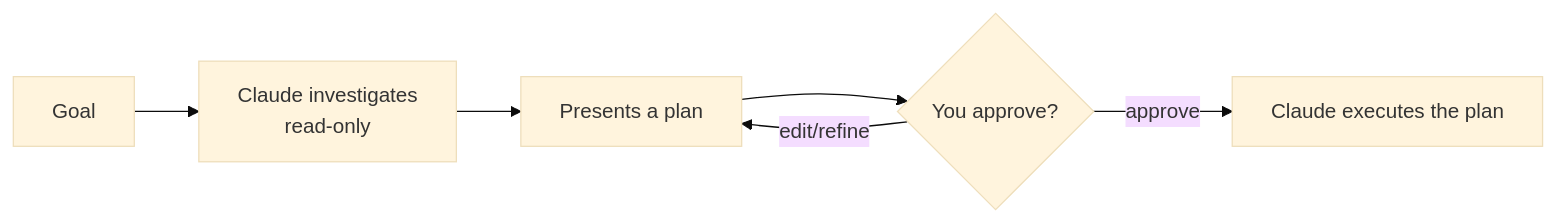
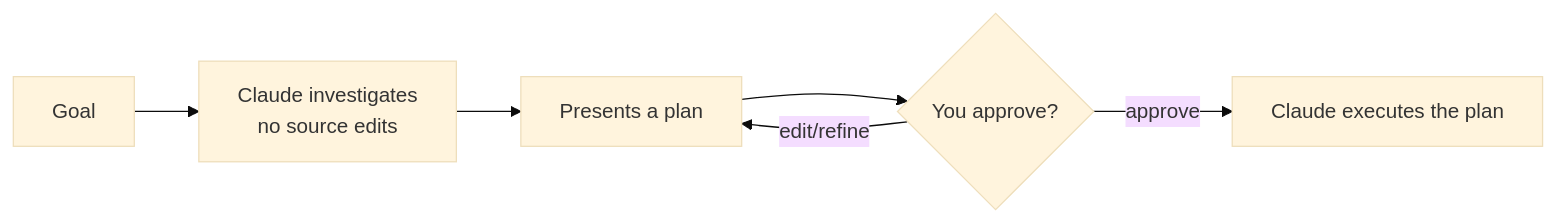
The diagram in docs/claude-code/plan-mode.mdx (derob98/ailmanac), drawn with Mermaid (base theme) before and after one commit. The commit also changed other lines of this file and 7 other files, not shown here.

First line of the commit message:
docs(currency): Plan Mode is no longer read-only; refresh checkpoints page

````diff
--- a/docs/claude-code/plan-mode.mdx
+++ b/docs/claude-code/plan-mode.mdx
@@ -27,8 +35,8 @@
 ```mermaid
 flowchart LR
-  A[Goal] --> B[Claude investigates<br/>read-only]
+  A[Goal] --> B[Claude investigates<br/>no source edits]
   B --> C[Presents a plan]
   C --> D{You approve?}
   D -->|edit/refine| C
   D -->|approve| E[Claude executes the plan]
 ```
````
